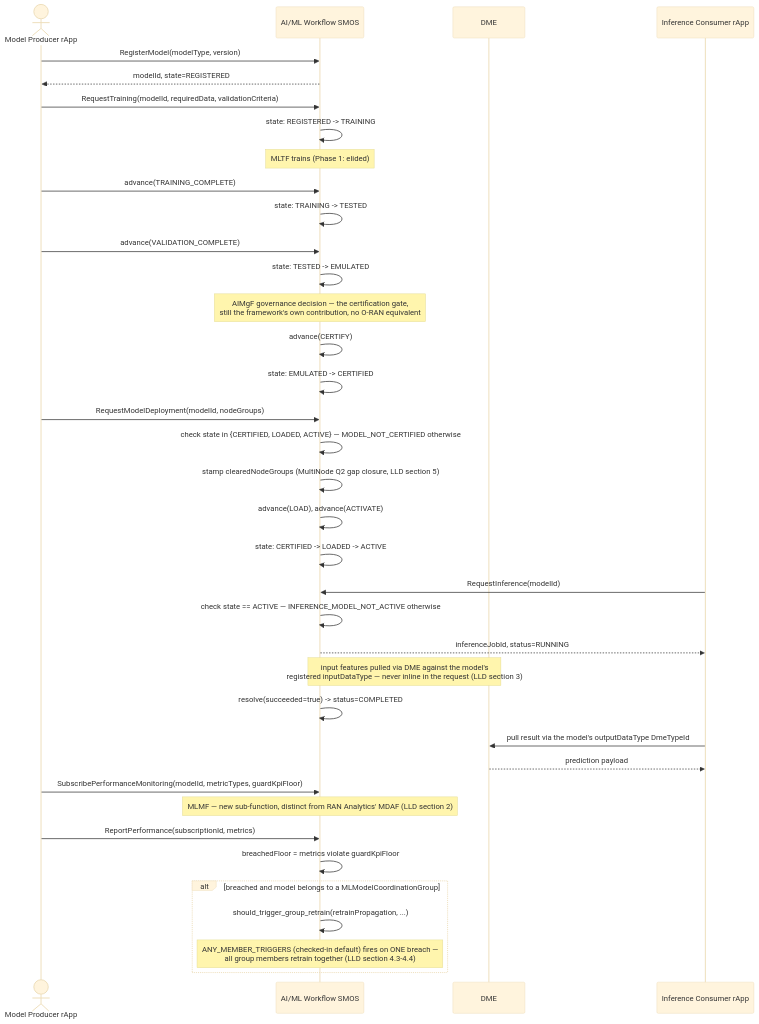
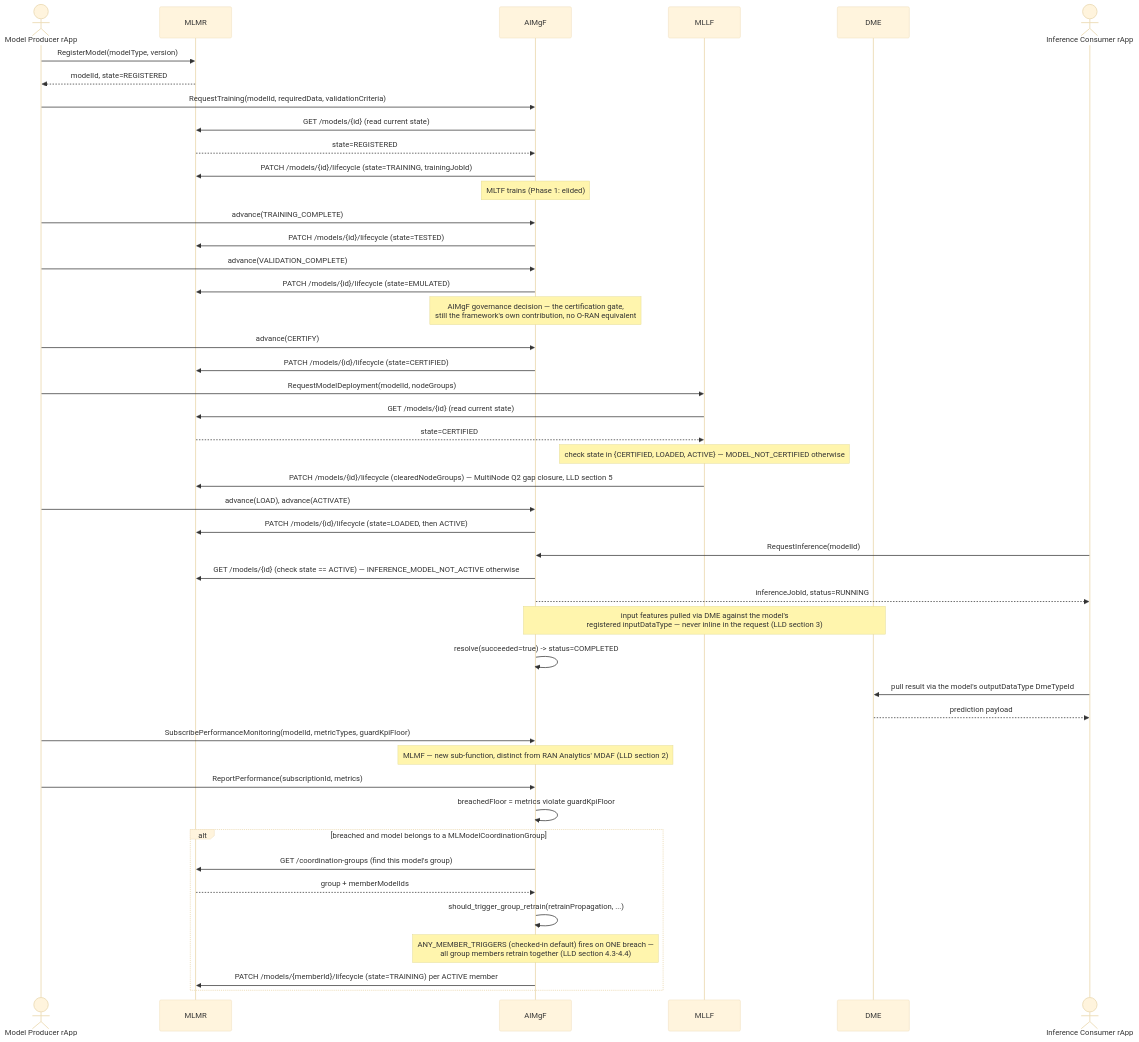
The diagram in smo/docs/call-flows/02-aiml-model-train-to-inference.md (rsys-bshankar/ai-ran-ref), drawn with Mermaid (base theme) before and after one commit. The commit also changed other lines of this file and 51 other files, not shown here.

First line of the commit message:
Wave 1: split ai-ml-workflow into aimgf/mlmr/mllf (#101)

````diff
--- a/smo/docs/call-flows/02-aiml-model-train-to-inference.md
+++ b/smo/docs/call-flows/02-aiml-model-train-to-inference.md
@@ -7,44 +16,53 @@
 ```mermaid
 sequenceDiagram
     actor Producer as Model Producer rApp
-    participant AIML as AI/ML Workflow SMOS
+    participant MLMR as MLMR
+    participant AIMgF as AIMgF
+    participant MLLF as MLLF
     participant DME as DME
-    participant Consumer as Inference Consumer rApp
+    actor Consumer as Inference Consumer rApp
 
-    Producer->>AIML: RegisterModel(modelType, version)
-    AIML-->>Producer: modelId, state=REGISTERED
+    Producer->>MLMR: RegisterModel(modelType, version)
+    MLMR-->>Producer: modelId, state=REGISTERED
 
-    Producer->>AIML: RequestTraining(modelId, requiredData, validationCriteria)
-    AIML->>AIML: state: REGISTERED -> TRAINING
-    Note over AIML: MLTF trains (Phase 1: elided)
-    Producer->>AIML: advance(TRAINING_COMPLETE)
-    AIML->>AIML: state: TRAINING -> TESTED
-    Producer->>AIML: advance(VALIDATION_COMPLETE)
-    AIML->>AIML: state: TESTED -> EMULATED
-    Note over AIML: AIMgF governance decision — the certification gate,<br/>still the framework's own contribution, no O-RAN equivalent
-    AIML->>AIML: advance(CERTIFY)
-    AIML->>AIML: state: EMULATED -> CERTIFIED
+    Producer->>AIMgF: RequestTraining(modelId, requiredData, validationCriteria)
+    AIMgF->>MLMR: GET /models/{id} (read current state)
+    MLMR-->>AIMgF: state=REGISTERED
+    AIMgF->>MLMR: PATCH /models/{id}/lifecycle (state=TRAINING, trainingJobId)
+    Note over AIMgF: MLTF trains (Phase 1: elided)
+    Producer->>AIMgF: advance(TRAINING_COMPLETE)
+    AIMgF->>MLMR: PATCH /models/{id}/lifecycle (state=TESTED)
+    Producer->>AIMgF: advance(VALIDATION_COMPLETE)
+    AIMgF->>MLMR: PATCH /models/{id}/lifecycle (state=EMULATED)
+    Note over AIMgF: AIMgF governance decision — the certification gate,<br/>still the framework's own contribution, no O-RAN equivalent
+    Producer->>AIMgF: advance(CERTIFY)
+    AIMgF->>MLMR: PATCH /models/{id}/lifecycle (state=CERTIFIED)
 
-    Producer->>AIML: RequestModelDeployment(modelId, nodeGroups)
-    AIML->>AIML: check state in {CERTIFIED, LOADED, ACTIVE} — MODEL_NOT_CERTIFIED otherwise
-    AIML->>AIML: stamp clearedNodeGroups (MultiNode Q2 gap closure, LLD section 5)
-    AIML->>AIML: advance(LOAD), advance(ACTIVATE)
-    AIML->>AIML: state: CERTIFIED -> LOADED -> ACTIVE
+    Producer->>MLLF: RequestModelDeployment(modelId, nodeGroups)
+    MLLF->>MLMR: GET /models/{id} (read current state)
+    MLMR-->>MLLF: state=CERTIFIED
+    Note over MLLF: check state in {CERTIFIED, LOADED, ACTIVE} — MODEL_NOT_CERTIFIED otherwise
+    MLLF->>MLMR: PATCH /models/{id}/lifecycle (clearedNodeGroups) — MultiNode Q2 gap closure, LLD section 5
+    Producer->>AIMgF: advance(LOAD), advance(ACTIVATE)
+    AIMgF->>MLMR: PATCH /models/{id}/lifecycle (state=LOADED, then ACTIVE)
 
-    Consumer->>AIML: RequestInference(modelId)
-    AIML->>AIML: check state == ACTIVE — INFERENCE_MODEL_NOT_ACTIVE otherwise
-    AIML-->>Consumer: inferenceJobId, status=RUNNING
-    Note over AIML,DME: input features pulled via DME against the model's<br/>registered inputDataType — never inline in the request (LLD section 3)
-    AIML->>AIML: resolve(succeeded=true) -> status=COMPLETED
+    Consumer->>AIMgF: RequestInference(modelId)
+    AIMgF->>MLMR: GET /models/{id} (check state == ACTIVE) — INFERENCE_MODEL_NOT_ACTIVE otherwise
+    AIMgF-->>Consumer: inferenceJobId, status=RUNNING
+    Note over AIMgF,DME: input features pulled via DME against the model's<br/>registered inputDataType — never inline in the request (LLD section 3)
+    AIMgF->>AIMgF: resolve(succeeded=true) -> status=COMPLETED
     Consumer->>DME: pull result via the model's outputDataType DmeTypeId
     DME-->>Consumer: prediction payload
 
-    Producer->>AIML: SubscribePerformanceMonitoring(modelId, metricTypes, guardKpiFloor)
-    Note over AIML: MLMF — new sub-function, distinct from RAN Analytics' MDAF (LLD section 2)
-    Producer->>AIML: ReportPerformance(subscriptionId, metrics)
-    AIML->>AIML: breachedFloor = metrics violate guardKpiFloor
+    Producer->>AIMgF: SubscribePerformanceMonitoring(modelId, metricTypes, guardKpiFloor)
+    Note over AIMgF: MLMF — new sub-function, distinct from RAN Analytics' MDAF (LLD section 2)
+    Producer->>AIMgF: ReportPerformance(subscriptionId, metrics)
+    AIMgF->>AIMgF: breachedFloor = metrics violate guardKpiFloor
     alt breached and model belongs to a MLModelCoordinationGroup
-        AIML->>AIML: should_trigger_group_retrain(retrainPropagation, ...)
-        Note over AIML: ANY_MEMBER_TRIGGERS (checked-in default) fires on ONE breach —<br/>all group members retrain together (LLD section 4.3-4.4)
+        AIMgF->>MLMR: GET /coordination-groups (find this model's group)
+        MLMR-->>AIMgF: group + memberModelIds
+        AIMgF->>AIMgF: should_trigger_group_retrain(retrainPropagation, ...)
+        Note over AIMgF: ANY_MEMBER_TRIGGERS (checked-in default) fires on ONE breach —<br/>all group members retrain together (LLD section 4.3-4.4)
+        AIMgF->>MLMR: PATCH /models/{memberId}/lifecycle (state=TRAINING) per ACTIVE member
     end
 ```
````
